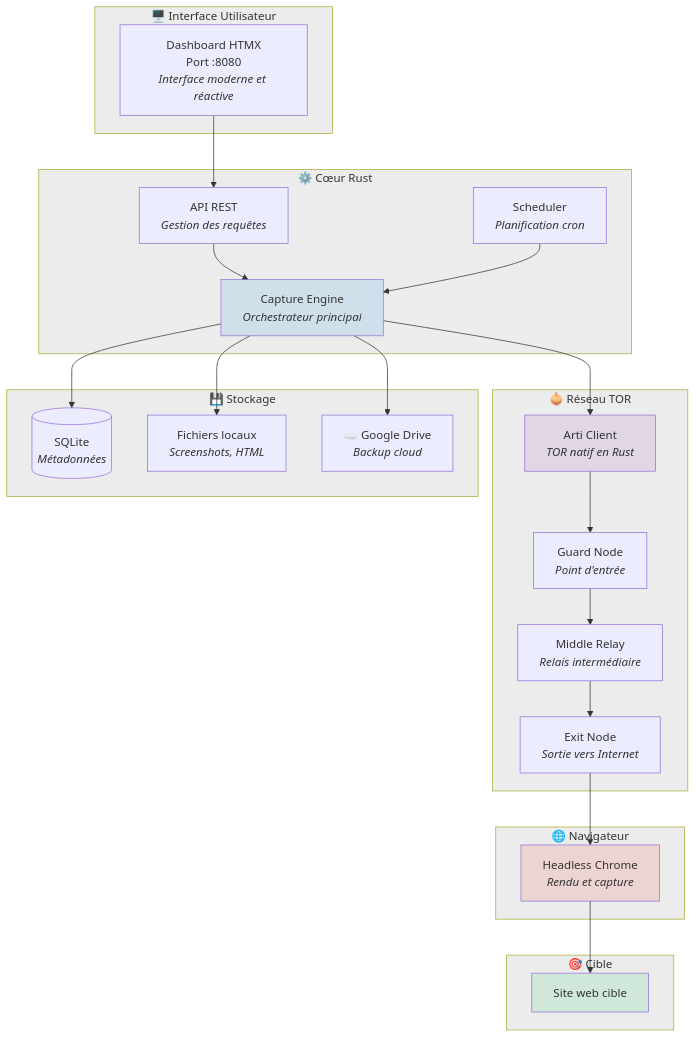
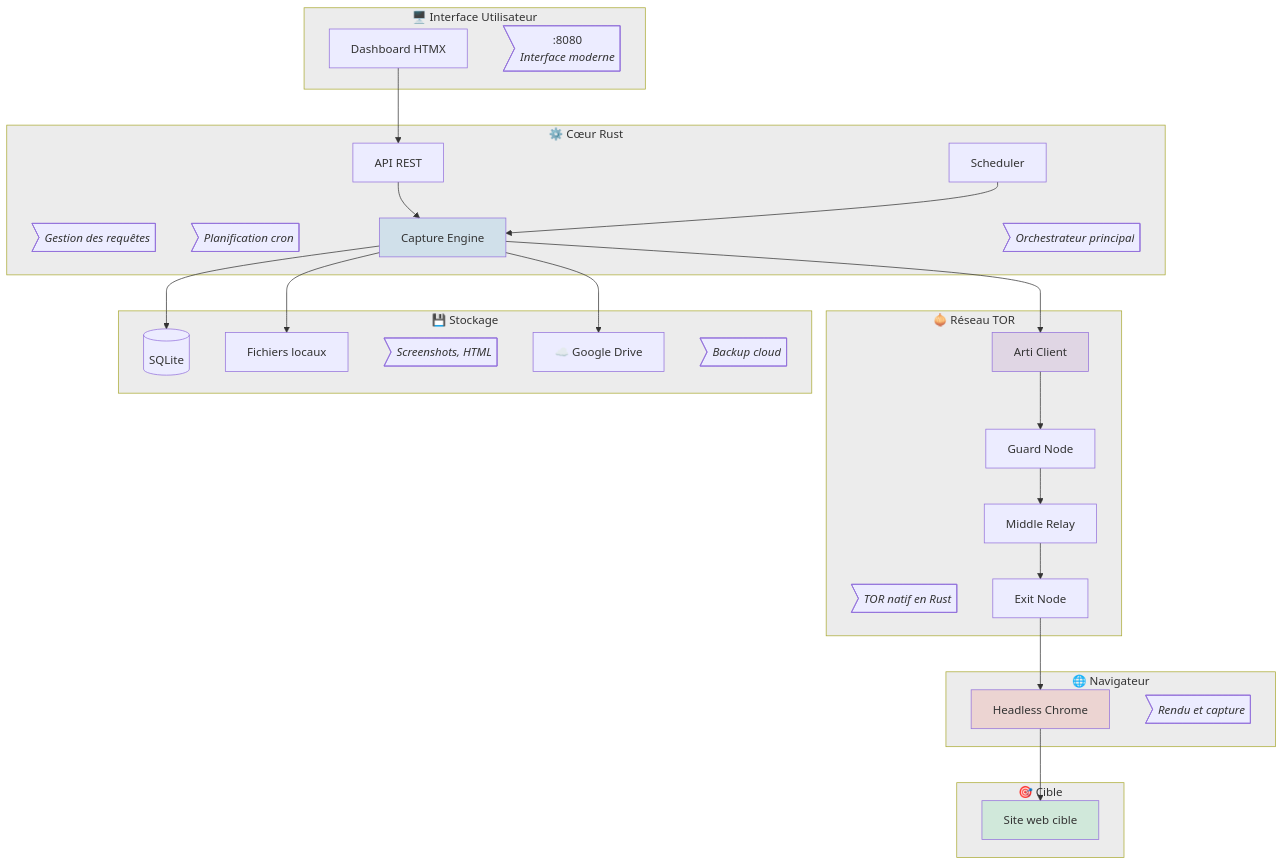
One commit to venantvr-security/venantvr-security.github.io changed the first of 2 diagrams in repos/Tor.Web.Capture/index.md. Above: the diagram before and after it, drawn with Mermaid. The commit also changed 2 other files, not shown here.

Commit message:
Transformation des labels Mermaid en notes asymétriques
Évite les chevauchements en séparant les infos détaillées dans des bulles

```diff
--- a/repos/Tor.Web.Capture/index.md
+++ b/repos/Tor.Web.Capture/index.md
@@ -56,55 +56,63 @@
 <div class="mermaid">
 flowchart TB
     subgraph UI["🖥️ Interface Utilisateur"]
-        HTMX["Dashboard HTMX<br/>Port :8080<br/><i>Interface moderne et réactive</i>"]
+        HTMX["Dashboard HTMX"]
+        HTMX_note>":8080<br/><i>Interface moderne</i>"]
     end
 
     subgraph CORE["⚙️ Cœur Rust"]
-        API["API REST<br/><i>Gestion des requêtes</i>"]
-        SCHED["Scheduler<br/><i>Planification cron</i>"]
-        CAP["Capture Engine<br/><i>Orchestrateur principal</i>"]
+        API["API REST"]
+        API_note>"<i>Gestion des requêtes</i>"]
+        SCHED["Scheduler"]
+        SCHED_note>"<i>Planification cron</i>"]
+        CAP["Capture Engine"]
+        CAP_note>"<i>Orchestrateur principal</i>"]
     end
-    
+
     subgraph TOR["🧅 Réseau TOR"]
-        ARTI["Arti Client<br/><i>TOR natif en Rust</i>"]
-        G["Guard Node<br/><i>Point d'entrée</i>"]
-        M["Middle Relay<br/><i>Relais intermédiaire</i>"]
-        E["Exit Node<br/><i>Sortie vers Internet</i>"]
+        ARTI["Arti Client"]
+        ARTI_note>"<i>TOR natif en Rust</i>"]
+        G["Guard Node"]
+        M["Middle Relay"]
+        E["Exit Node"]
         G --> M --> E
     end
-    
+
     subgraph BROWSER["🌐 Navigateur"]
-        CHROME["Headless Chrome<br/><i>Rendu et capture</i>"]
+        CHROME["Headless Chrome"]
+        CHROME_note>"<i>Rendu et capture</i>"]
     end
-    
+
     subgraph TARGET["🎯 Cible"]
         WEB["Site web cible"]
     end
-    
+
     subgraph STORAGE["💾 Stockage"]
-        DB[(SQLite<br/><i>Métadonnées</i>)]
-        FS["Fichiers locaux<br/><i>Screenshots, HTML</i>"]
-        GD["☁️ Google Drive<br/><i>Backup cloud</i>"]
+        DB[(SQLite)]
+        FS["Fichiers locaux"]
+        FS_note>"<i>Screenshots, HTML</i>"]
+        GD["☁️ Google Drive"]
+        GD_note>"<i>Backup cloud</i>"]
     end
-    
+
     HTMX --> API
     API --> CAP
     SCHED --> CAP
     CAP --> ARTI
     ARTI --> G
     E --> CHROME
     CHROME --> WEB
     CAP --> DB & FS & GD
-    
+
     style ARTI fill:#9b59b6,fill-opacity:0.15
     style CAP fill:#3498db,fill-opacity:0.15
     style CHROME fill:#e74c3c,fill-opacity:0.15
     style WEB fill:#2ecc71,fill-opacity:0.15
     style STORAGE fill:#808080,fill-opacity:0.15
     style TARGET fill:#808080,fill-opacity:0.15
     style BROWSER fill:#808080,fill-opacity:0.15
     style TOR fill:#808080,fill-opacity:0.15
     style CORE fill:#808080,fill-opacity:0.15
     style UI fill:#808080,fill-opacity:0.15
 
 </div>
```
